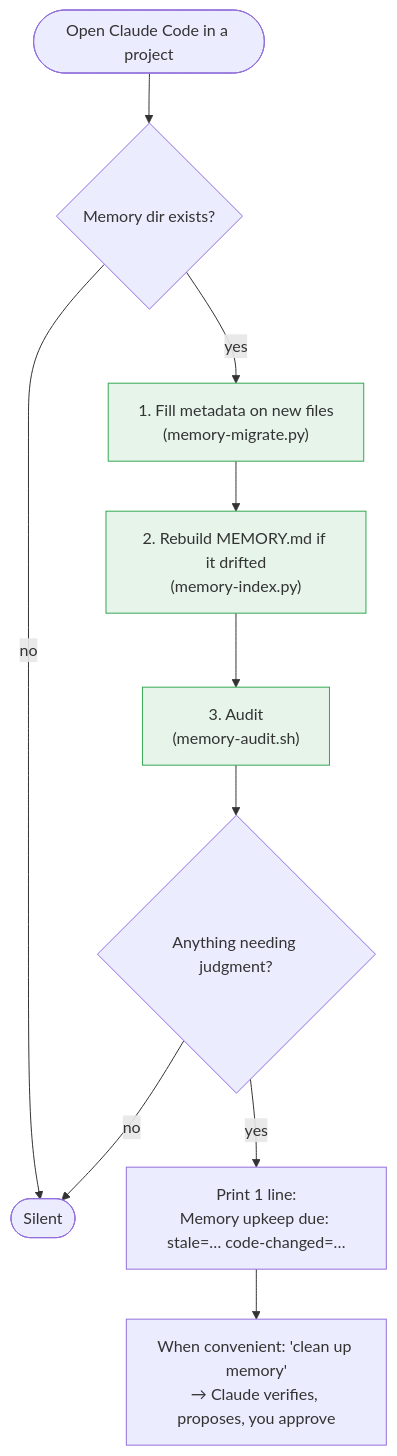
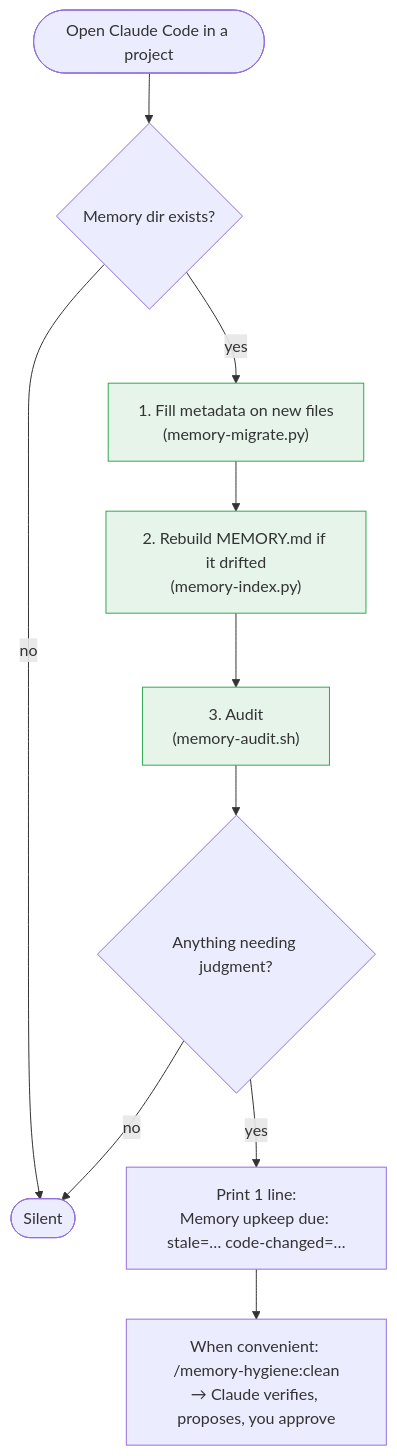
Before and after one commit to nhim411/claude-memory-hygiene: the third of 3 diagrams in README.en.md, drawn with Mermaid. The commit also changed other lines of this file and 12 other files, not shown here.

````diff
--- a/README.en.md
+++ b/README.en.md
@@ -91,14 +93,14 @@
 ```mermaid
 flowchart TD
     A(["Open Claude Code in a project"]) --> B{"Memory dir exists?"}
     B -->|no| Z(["Silent"])
     B -->|yes| C["1. Fill metadata on new files<br/>(memory-migrate.py)"]
     C --> D["2. Rebuild MEMORY.md if it drifted<br/>(memory-index.py)"]
     D --> E["3. Audit<br/>(memory-audit.sh)"]
     E --> F{"Anything needing judgment?"}
     F -->|no| Z
     F -->|yes| G["Print 1 line:<br/>Memory upkeep due: stale=… code-changed=…"]
-    G --> H["When convenient: 'clean up memory'<br/>→ Claude verifies, proposes, you approve"]
+    G --> H["When convenient: /memory-hygiene:clean<br/>→ Claude verifies, proposes, you approve"]
     classDef auto fill:#e6f4ea,stroke:#34a853
     class C,D,E auto
 ```
````
